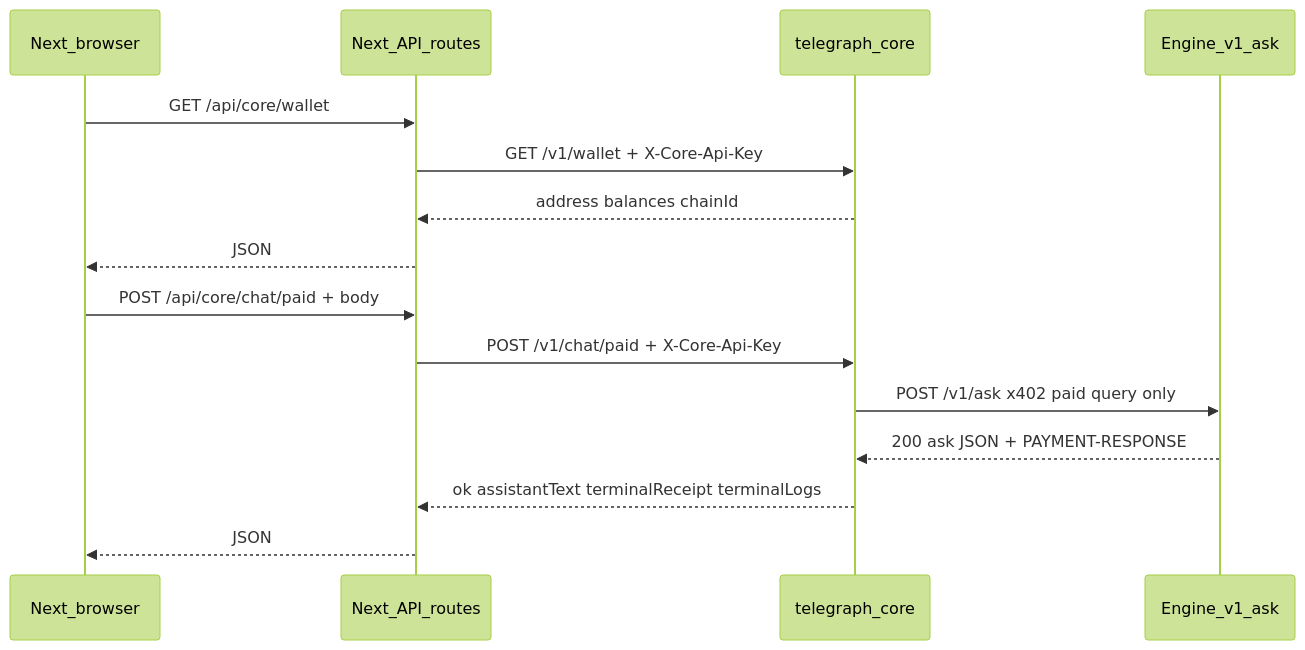
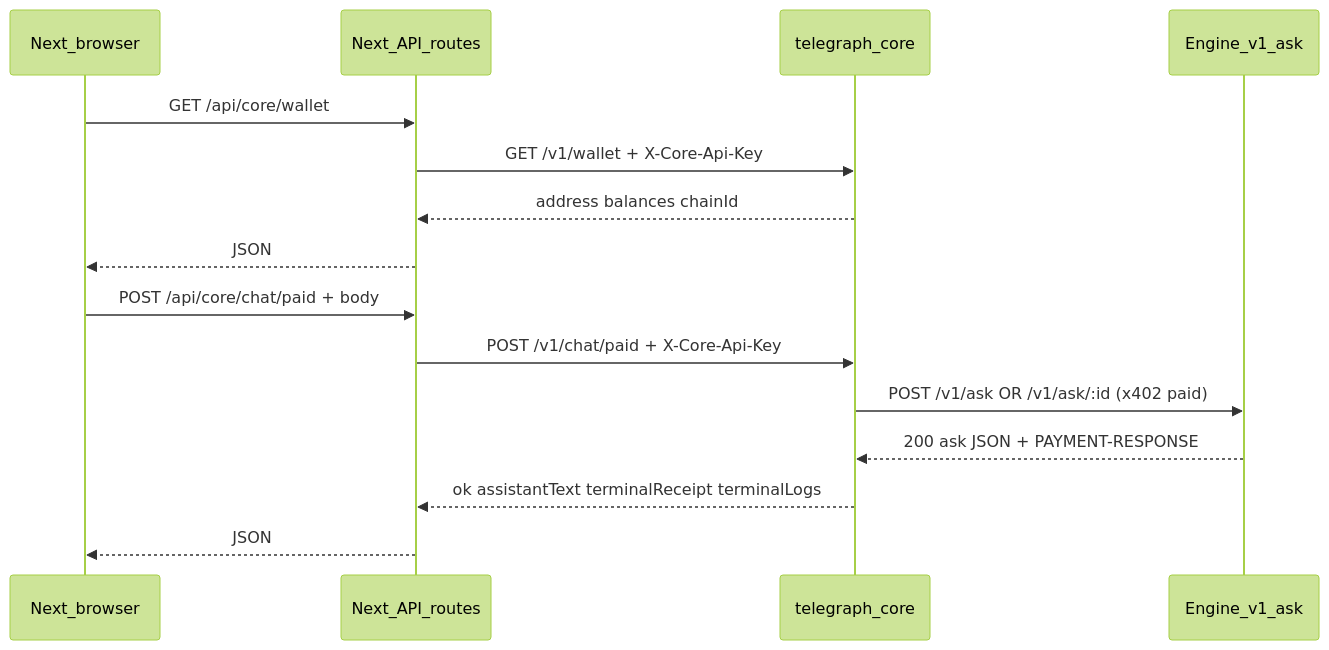
The diagram in Docs/core-custodial-x402.md (telegraphprotocol/telegraph-terminal), drawn with Mermaid (forest theme) before and after one commit. The commit also changed other lines of this file and 23 other files, not shown here.

First line of the commit message:
feat(intelligence-terminal): custodial direct subnet ask and bundled engine specs

````diff
--- a/Docs/core-custodial-x402.md
+++ b/Docs/core-custodial-x402.md
@@ -17,19 +17,19 @@
 ```mermaid
 sequenceDiagram
   participant Browser as Next_browser
   participant Next as Next_API_routes
   participant Core as telegraph_core
   participant Engine as Engine_v1_ask
 
   Browser->>Next: GET /api/core/wallet
   Next->>Core: GET /v1/wallet + X-Core-Api-Key
   Core-->>Next: address balances chainId
   Next-->>Browser: JSON
 
   Browser->>Next: POST /api/core/chat/paid + body
   Next->>Core: POST /v1/chat/paid + X-Core-Api-Key
-  Core->>Engine: POST /v1/ask x402 paid query only
+  Core->>Engine: POST /v1/ask OR /v1/ask/:id (x402 paid)
   Engine-->>Core: 200 ask JSON + PAYMENT-RESPONSE
   Core-->>Next: ok assistantText terminalReceipt terminalLogs
   Next-->>Browser: JSON
 ```
````
